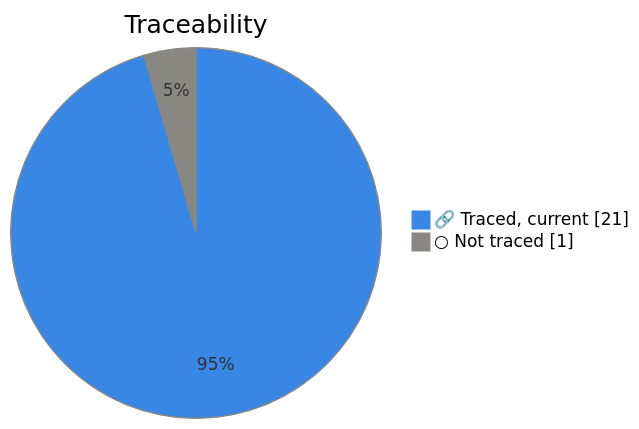
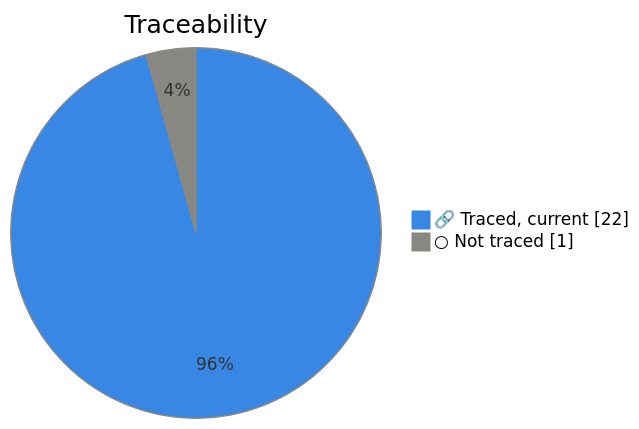
Before and after one commit to Top-Q/playwright-typescript: the third of 4 diagrams in specs/product/vault/Dashboard.md, drawn with Mermaid. The commit also changed other lines of this file and 5 other files, not shown here.

````diff
--- a/specs/product/vault/Dashboard.md
+++ b/specs/product/vault/Dashboard.md
@@ -55,6 +55,6 @@
 ```mermaid
 %%{init: {"themeVariables":{"pie1":"#3987e5","pie2":"#898781","pieOpacity":"1","pieStrokeColor":"#898781","pieStrokeWidth":"1px","pieOuterStrokeColor":"#898781","pieOuterStrokeWidth":"1px"}}}%%
 pie showData title Traceability
-    "🔗 Traced, current" : 21
+    "🔗 Traced, current" : 22
     "○ Not traced" : 1
 ```
````
